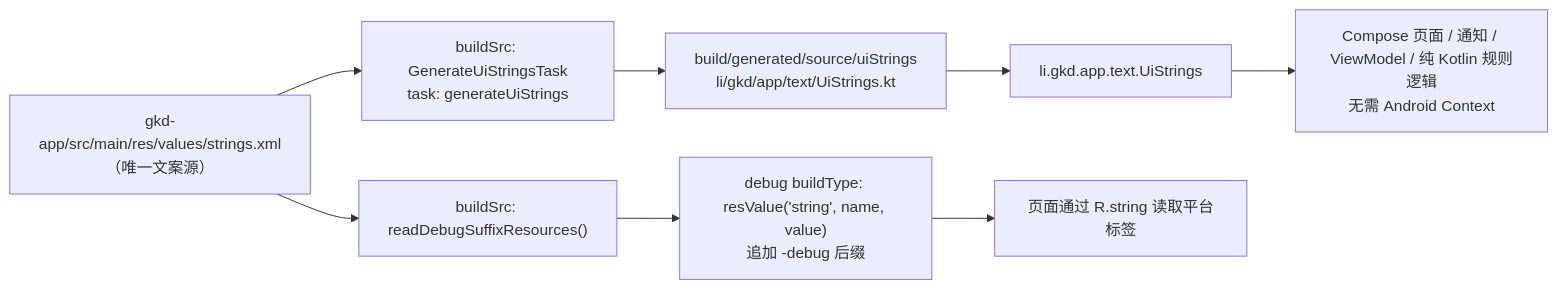
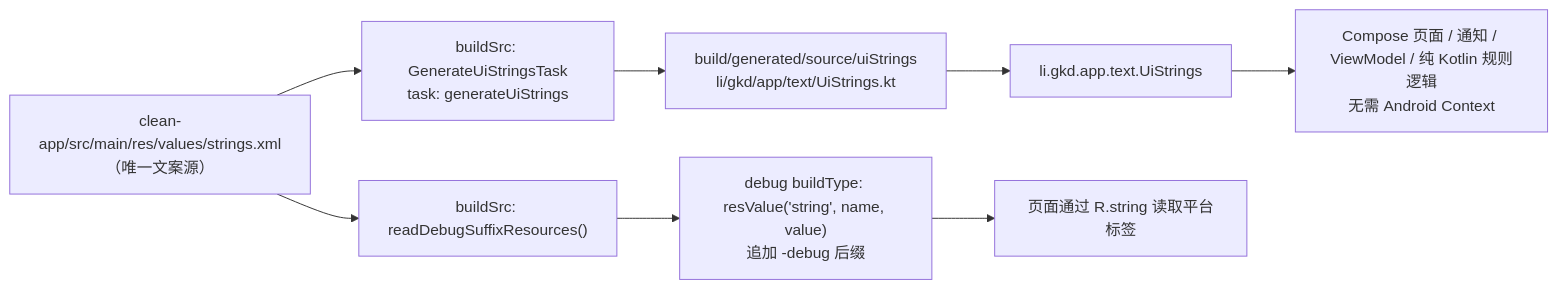
The third of 3 diagrams in docs/08-ui-layer.md (jwjwj2j/clean), drawn with Mermaid before and after one commit. The commit also changed other lines of this file and 475 other files, not shown here.

First line of the commit message:
refactor: 模块目录 gkd-* 改名 clean-*；README 增加捐赠区

````diff
--- a/docs/08-ui-layer.md
+++ b/docs/08-ui-layer.md
@@ -383,10 +383,10 @@
 ```mermaid
 flowchart LR
-    A["gkd-app/src/main/res/values/strings.xml<br/>（唯一文案源）"] --> B["buildSrc: GenerateUiStringsTask<br/>task: generateUiStrings"]
+    A["clean-app/src/main/res/values/strings.xml<br/>（唯一文案源）"] --> B["buildSrc: GenerateUiStringsTask<br/>task: generateUiStrings"]
     B --> C["build/generated/source/uiStrings<br/>li/gkd/app/text/UiStrings.kt"]
     C --> D["li.gkd.app.text.UiStrings"]
     A --> E["buildSrc: readDebugSuffixResources()"]
     E --> F["debug buildType: resValue('string', name, value)<br/>追加 -debug 后缀"]
     F --> G["页面通过 R.string 读取平台标签"]
     D --> H["Compose 页面 / 通知 / ViewModel / 纯 Kotlin 规则逻辑<br/>无需 Android Context"]
 ```
````
